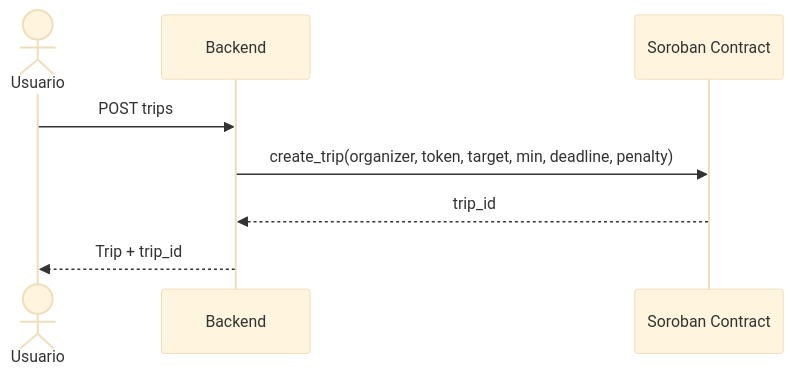
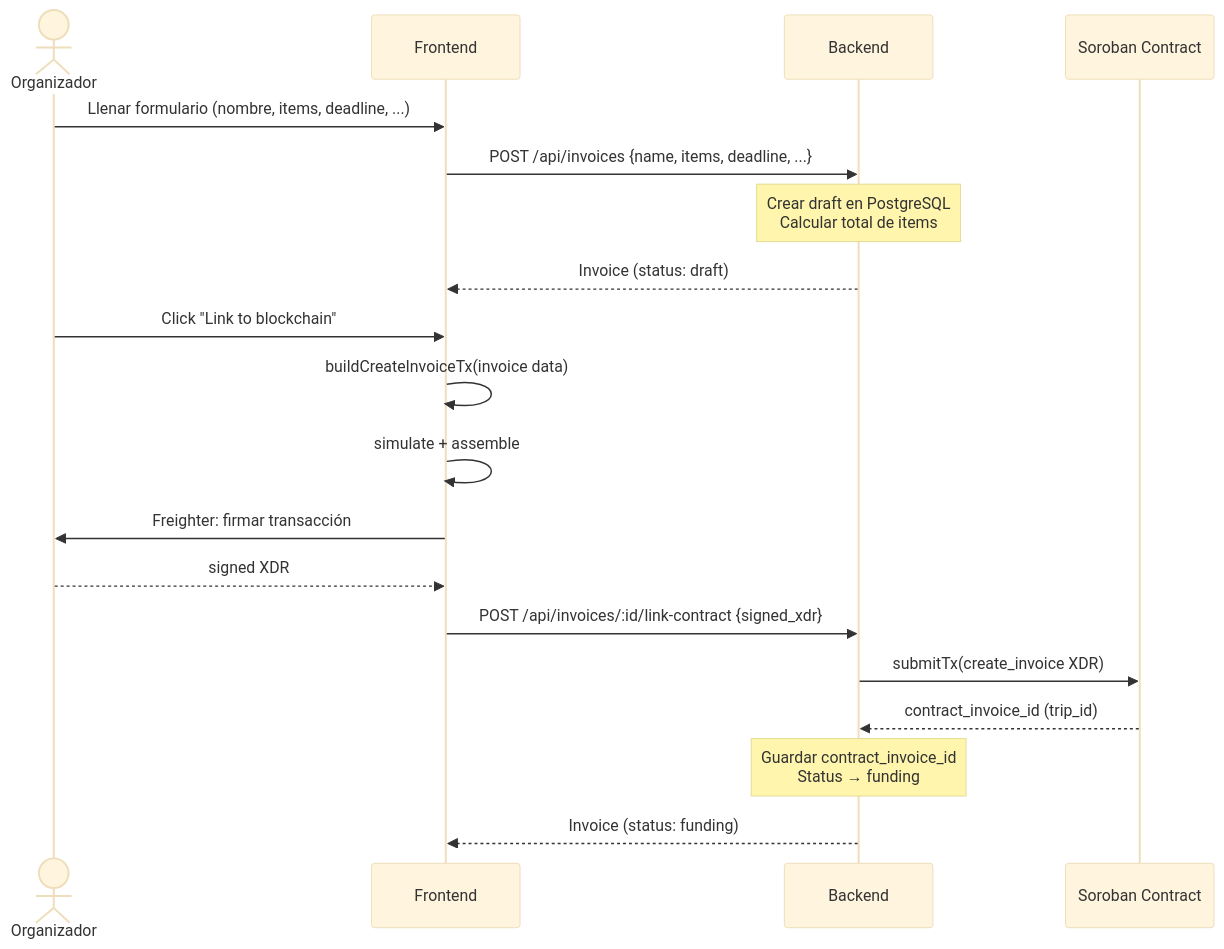
One commit to CoKeFish/Impacta-Bootcamp changed the fifth of 12 diagrams in ARCHITECTURE.md. Above: the diagram before and after it, drawn with Mermaid (base theme). The commit also changed other lines of this file and 4 other files, not shown here.

````diff
--- a/ARCHITECTURE.md
+++ b/ARCHITECTURE.md
@@ -254,10 +340,21 @@
 ```mermaid
 sequenceDiagram
-    actor U as Usuario
+    actor O as Organizador
+    participant FE as Frontend
     participant BE as Backend
     participant SC as Soroban Contract
-    U ->> BE: POST trips
-    BE ->> SC: create_trip(organizer, token, target, min, deadline, penalty)
-    SC -->> BE: trip_id
-    BE -->> U: Trip + trip_id
+    O ->> FE: Llenar formulario (nombre, items, deadline, ...)
+    FE ->> BE: POST /api/invoices {name, items, deadline, ...}
+    Note over BE: Crear draft en PostgreSQL<br/>Calcular total de items
+    BE -->> FE: Invoice (status: draft)
+    O ->> FE: Click "Link to blockchain"
+    FE ->> FE: buildCreateInvoiceTx(invoice data)
+    FE ->> FE: simulate + assemble
+    FE ->> O: Freighter: firmar transacción
+    O -->> FE: signed XDR
+    FE ->> BE: POST /api/invoices/:id/link-contract {signed_xdr}
+    BE ->> SC: submitTx(create_invoice XDR)
+    SC -->> BE: contract_invoice_id (trip_id)
+    Note over BE: Guardar contract_invoice_id<br/>Status → funding
+    BE -->> FE: Invoice (status: funding)
 ```
````
